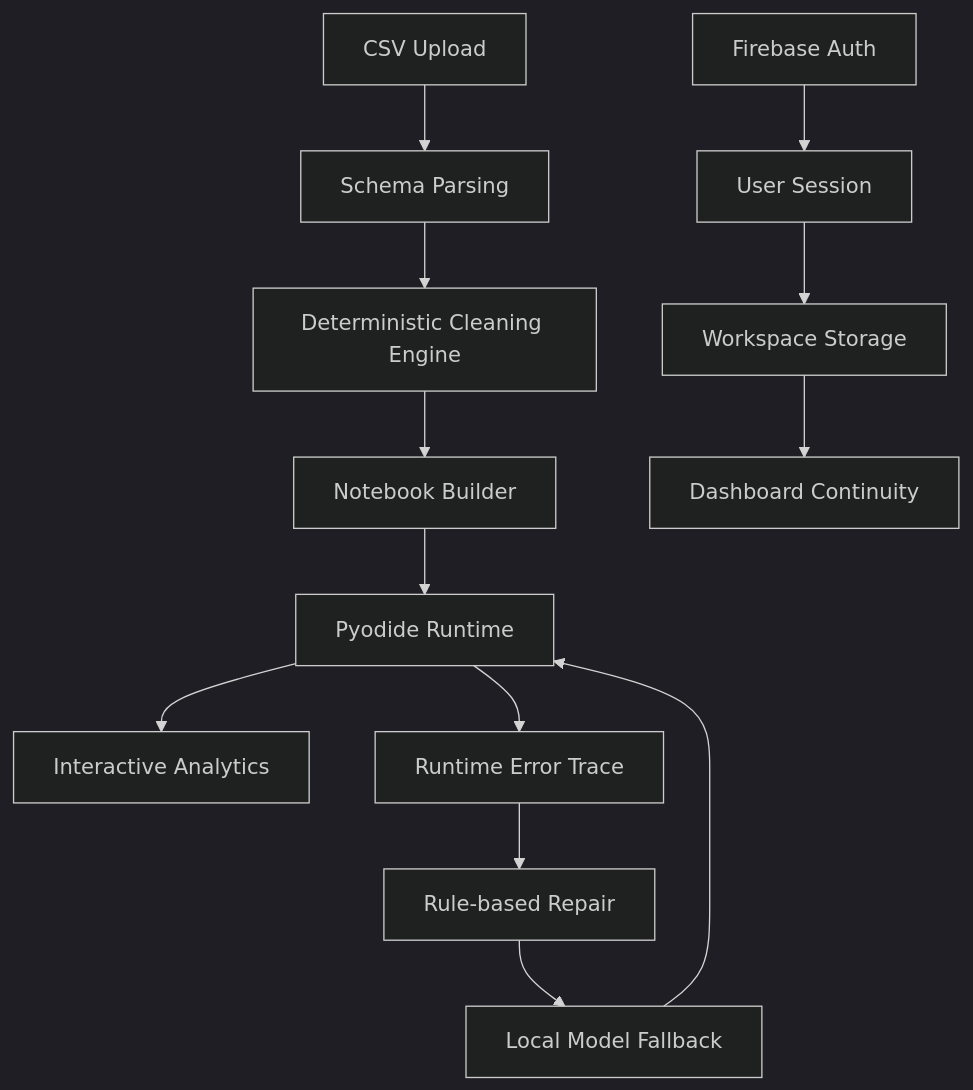
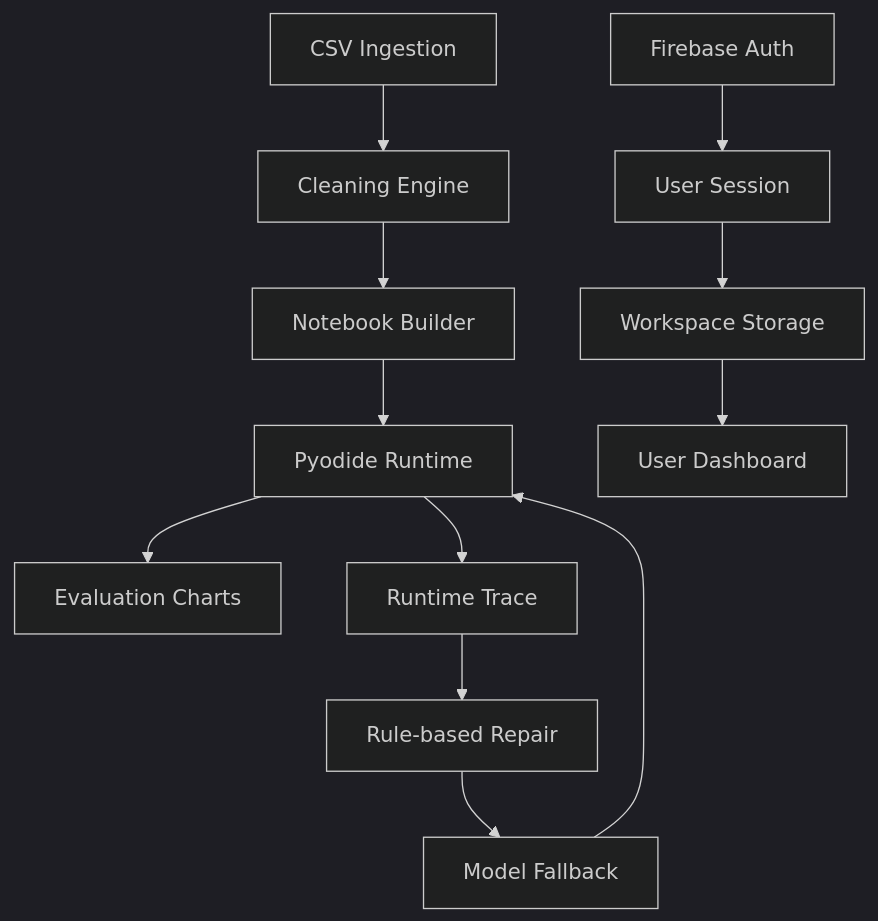
One commit to ANIS151993/Notebook-Studio changed the second of 3 diagrams in README.md. Above: the diagram before and after it, drawn with Mermaid (dark theme). The commit also changed other lines of this file, not shown here.

Commit message:
Rewrite README with interactive chart-focused documentation

````diff
--- a/README.md
+++ b/README.md
@@ -110,17 +173,16 @@
 ```mermaid
 flowchart TD
-    A[CSV Upload] --> B[Schema Parsing]
-    B --> C[Deterministic Cleaning Engine]
-    C --> D[Notebook Builder]
-    D --> E[Pyodide Runtime]
-    E --> F[Interactive Analytics]
+    A[CSV Ingestion] --> B[Cleaning Engine]
+    B --> C[Notebook Builder]
+    C --> D[Pyodide Runtime]
+    D --> E[Evaluation Charts]
 
-    G[Firebase Auth] --> H[User Session]
-    H --> I[Workspace Storage]
-    I --> J[Dashboard Continuity]
+    F[Firebase Auth] --> G[User Session]
+    G --> H[Workspace Storage]
+    H --> I[User Dashboard]
 
-    E --> K[Runtime Error Trace]
-    K --> L[Rule-based Repair]
-    L --> M[Local Model Fallback]
-    M --> E
+    D --> J[Runtime Trace]
+    J --> K[Rule-based Repair]
+    K --> L[Model Fallback]
+    L --> D
 ```
````
